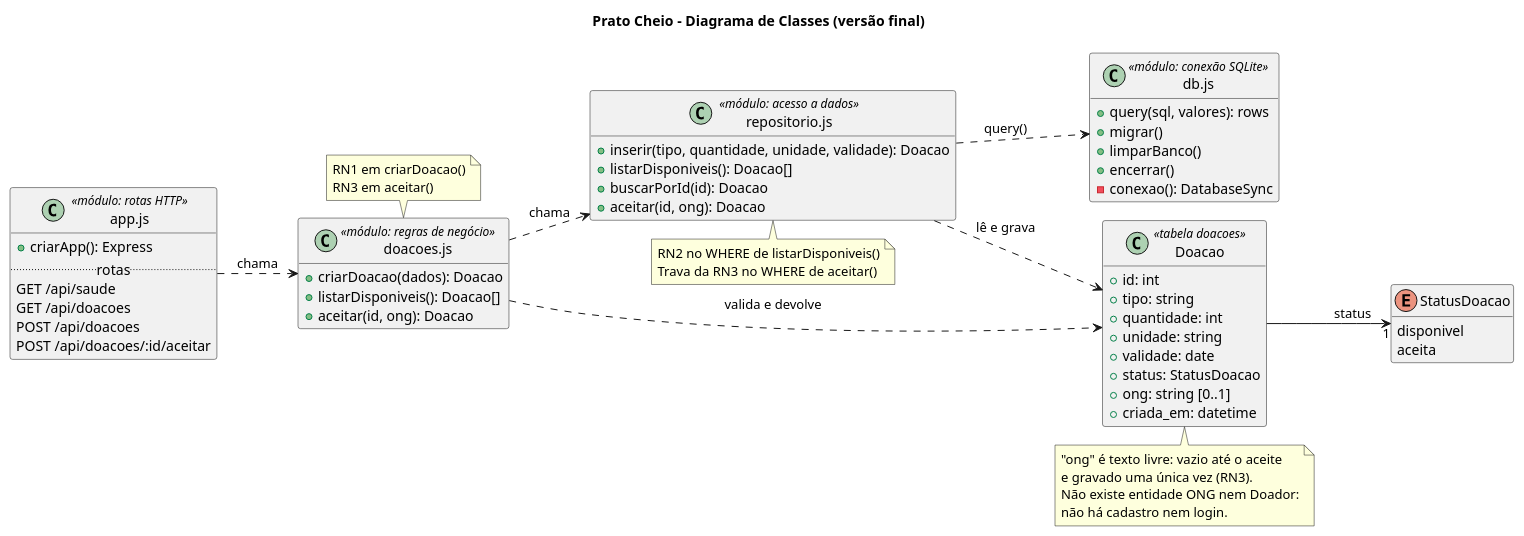
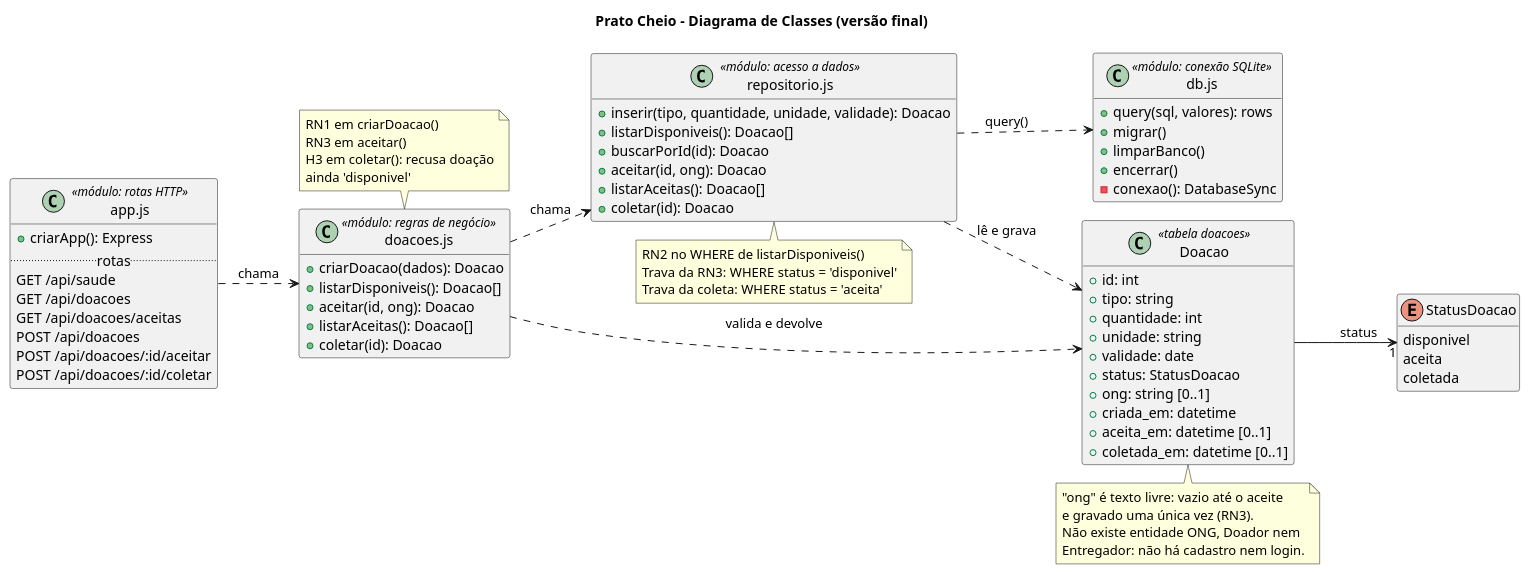
The diagram in docs/diagramas/final/codigo2.puml (catolica-orangotango/projeto-prato-cheio), drawn with PlantUML before and after one commit. The commit also changed 4 other files, not shown here.

First line of the commit message:
docs(diagramas): atualiza diagramas para a história 3 já implementada

```diff
--- a/docs/diagramas/final/codigo2.puml
+++ b/docs/diagramas/final/codigo2.puml
@@ -1,76 +1,88 @@
 @startuml classes-final
 !pragma layout smetana
 left to right direction
 title Prato Cheio - Diagrama de Classes (versão final)
 hide empty members
 
 class "app.js" as app <<módulo: rotas HTTP>> {
   +criarApp(): Express
   .. rotas ..
   GET /api/saude
   GET /api/doacoes
+  GET /api/doacoes/aceitas
   POST /api/doacoes
   POST /api/doacoes/:id/aceitar
+  POST /api/doacoes/:id/coletar
 }
 
 class "doacoes.js" as regras <<módulo: regras de negócio>> {
   +criarDoacao(dados): Doacao
   +listarDisponiveis(): Doacao[]
   +aceitar(id, ong): Doacao
+  +listarAceitas(): Doacao[]
+  +coletar(id): Doacao
 }
 
 class "repositorio.js" as repo <<módulo: acesso a dados>> {
   +inserir(tipo, quantidade, unidade, validade): Doacao
   +listarDisponiveis(): Doacao[]
   +buscarPorId(id): Doacao
   +aceitar(id, ong): Doacao
+  +listarAceitas(): Doacao[]
+  +coletar(id): Doacao
 }
 
 class "db.js" as db <<módulo: conexão SQLite>> {
   +query(sql, valores): rows
   +migrar()
   +limparBanco()
   +encerrar()
   -conexao(): DatabaseSync
 }
 
 class Doacao <<tabela doacoes>> {
   +id: int
   +tipo: string
   +quantidade: int
   +unidade: string
   +validade: date
   +status: StatusDoacao
   +ong: string [0..1]
   +criada_em: datetime
+  +aceita_em: datetime [0..1]
+  +coletada_em: datetime [0..1]
 }
 
 enum StatusDoacao {
   disponivel
   aceita
+  coletada
 }
 
 app ..> regras : chama
 regras ..> repo : chama
 repo ..> db : query()
 repo ..> Doacao : lê e grava
 regras ..> Doacao : valida e devolve
 Doacao --> "1" StatusDoacao : status
 
 note bottom of Doacao
   "ong" é texto livre: vazio até o aceite
   e gravado uma única vez (RN3).
-  Não existe entidade ONG nem Doador:
-  não há cadastro nem login.
+  Não existe entidade ONG, Doador nem
+  Entregador: não há cadastro nem login.
 end note
 
 note top of regras
   RN1 em criarDoacao()
   RN3 em aceitar()
+  H3 em coletar(): recusa doação
+  ainda 'disponivel'
 end note
 
 note bottom of repo
   RN2 no WHERE de listarDisponiveis()
-  Trava da RN3 no WHERE de aceitar()
+  Trava da RN3: WHERE status = 'disponivel'
+  Trava da coleta: WHERE status = 'aceita'
 end note
 @enduml
```
